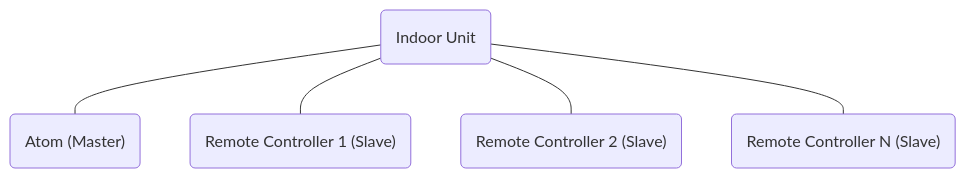
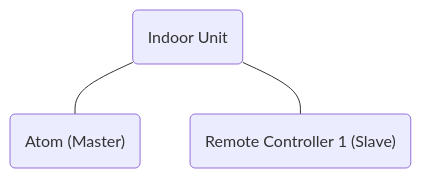
One commit to FOSV/Fuji-Atom-Interface changed the second of 3 diagrams in README.md. Above: the diagram before and after it, drawn with Mermaid. The commit also changed other lines of this file, not shown here.

````diff
--- a/README.md
+++ b/README.md
@@ -78,7 +78,5 @@
 ```mermaid
 graph TD;
     A(Indoor Unit)---B("Atom (Master)");
     A---C("Remote Controller 1 (Slave)");
-    A---D("Remote Controller 2 (Slave)");
-    A---E("Remote Controller N (Slave)");
 ```
````
